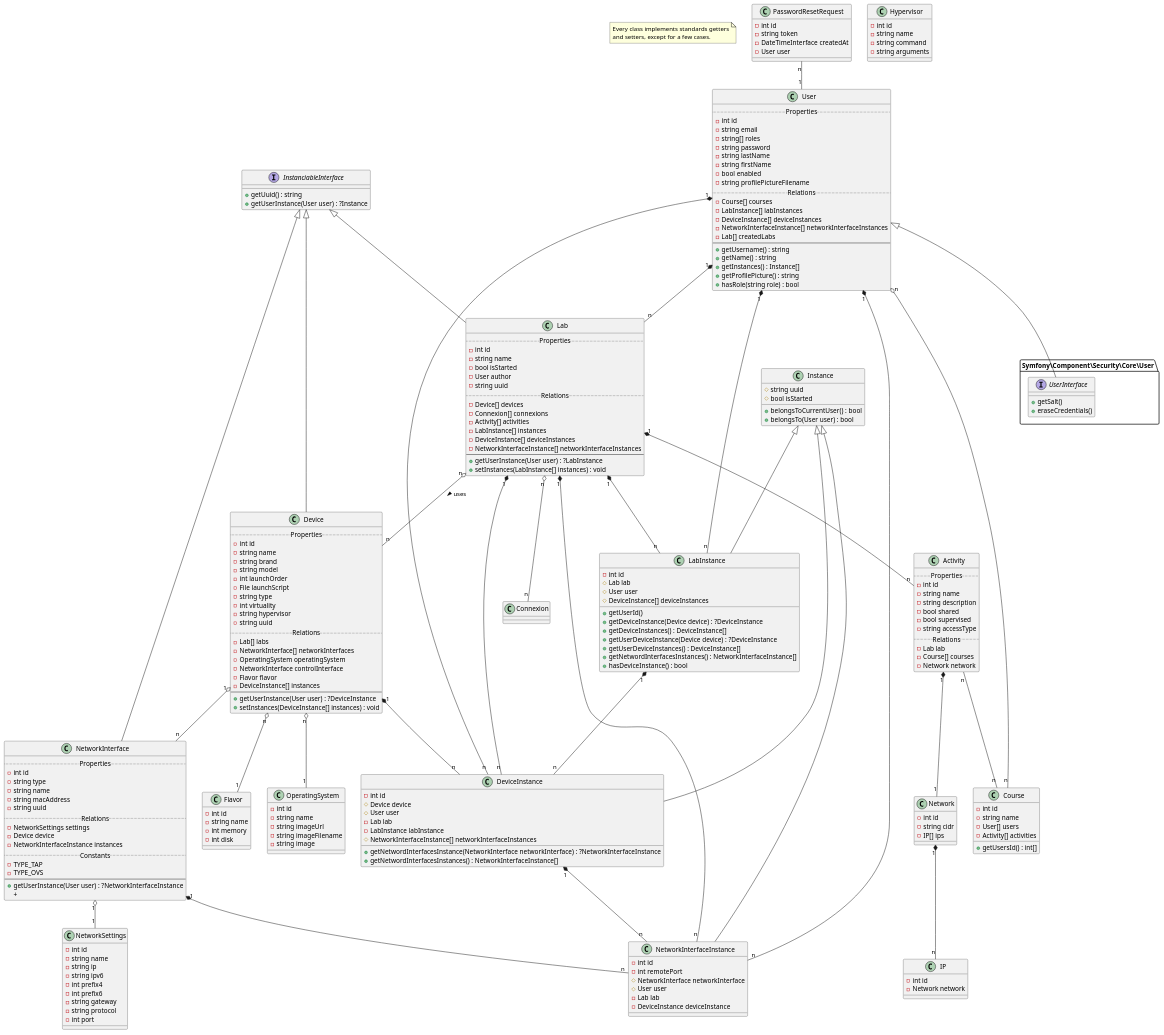
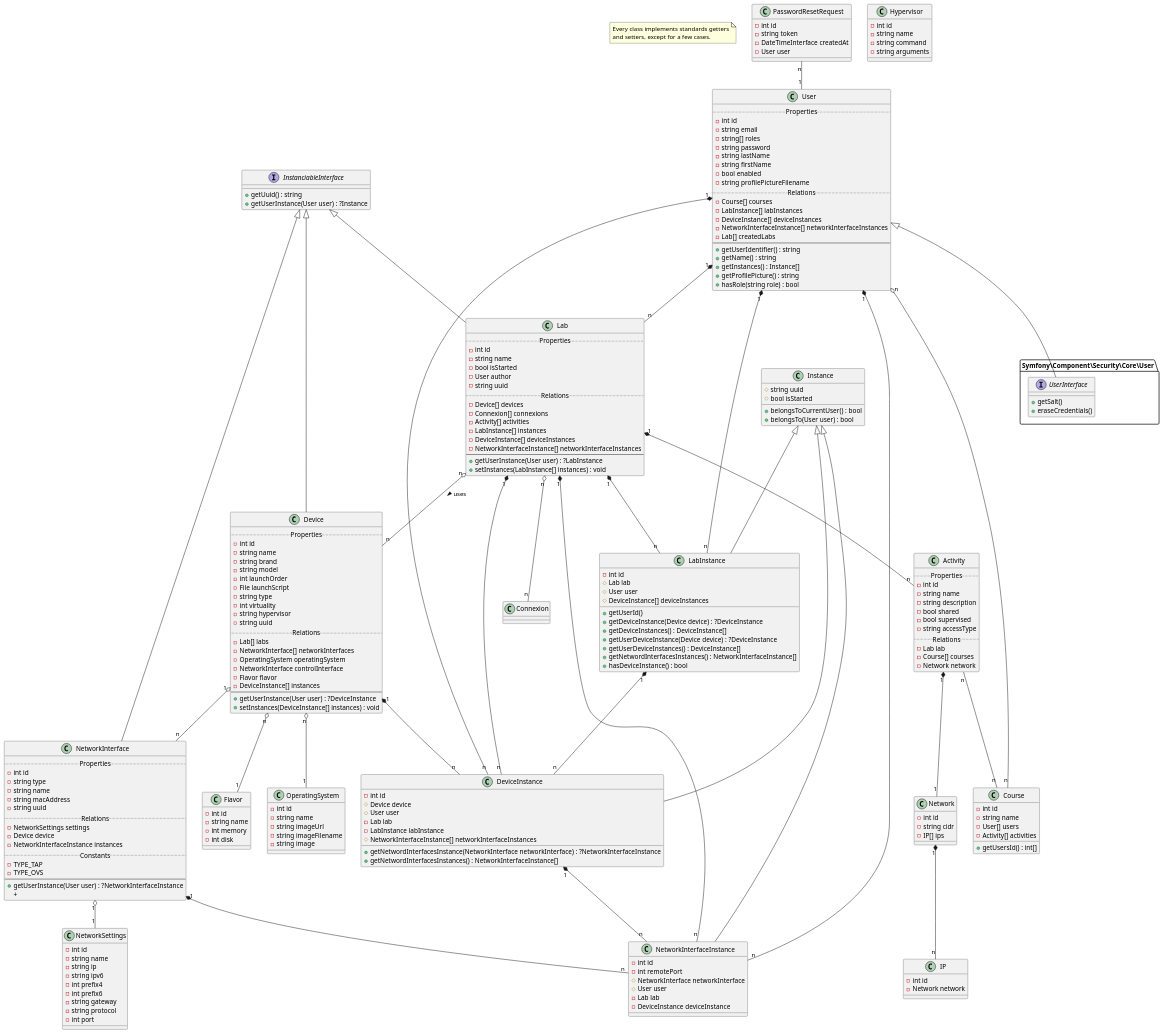
The diagram in doc/diagrams/classes.puml (remotelabz/remotelabz), drawn with PlantUML before and after one commit. The commit also changed 2569 other files, not shown here.

```diff
--- a/doc/diagrams/classes.puml
+++ b/doc/diagrams/classes.puml
@@ -106,7 +106,7 @@
     - NetworkInterfaceInstance[] networkInterfaceInstances
     - Lab[] createdLabs
     --
-    + getUsername() : string
+    + getUserIdentifier() : string
     + getName() : string
     + getInstances() : Instance[]
     + getProfilePicture() : string
```
